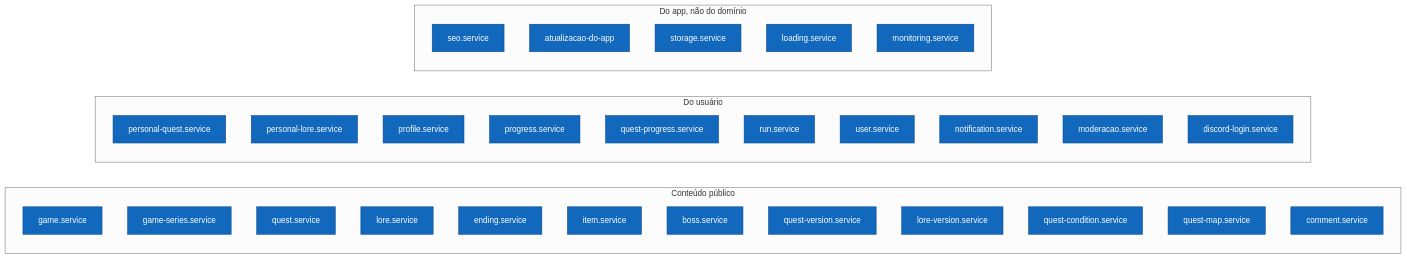
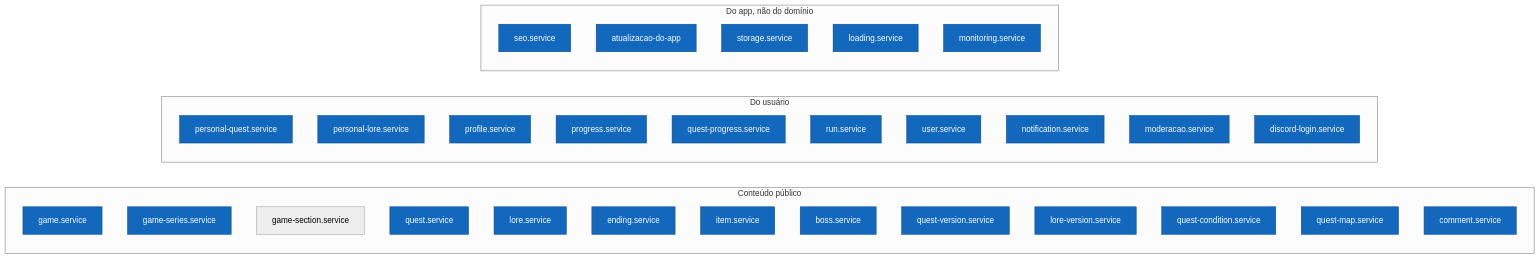
One commit to xcorpiiion/souls-guide-front changed the second of 3 diagrams in docs/arquitetura/c4-3-componentes-front.md. Above: the diagram before and after it, drawn with Mermaid (neutral theme). The commit also changed 9 other files, not shown here.

````diff
--- a/docs/arquitetura/c4-3-componentes-front.md
+++ b/docs/arquitetura/c4-3-componentes-front.md
@@ -68,41 +68,42 @@
 ```mermaid
 flowchart LR
     subgraph conteudo ["Conteúdo público"]
         game["game.service"]
         gameSeries["game-series.service"]
+        gameSection["game-section.service"]
         quest["quest.service"]
         lore["lore.service"]
         ending["ending.service"]
         item["item.service"]
         boss["boss.service"]
         questVersion["quest-version.service"]
         loreVersion["lore-version.service"]
         questCondition["quest-condition.service"]
         questMap["quest-map.service"]
         comment["comment.service"]
     end
 
     subgraph pessoal ["Do usuário"]
         personalQuest["personal-quest.service"]
         personalLore["personal-lore.service"]
         profile["profile.service"]
         progress["progress.service"]
         questProgress["quest-progress.service"]
         run["run.service"]
         user["user.service"]
         notification["notification.service"]
         moderacao["moderacao.service"]
         discordLogin["discord-login.service"]
     end
 
     subgraph infra ["Do app, não do domínio"]
         seo["seo.service"]
         atualizacao["atualizacao-do-app"]
         storage["storage.service"]
         loading["loading.service"]
         monitoring["monitoring.service"]
     end
 
     classDef s fill:#1168bd,stroke:#0b4884,color:#fff
     class game,gameSeries,quest,lore,ending,item,boss,questVersion,loreVersion,questCondition,questMap,comment,personalQuest,personalLore,profile,progress,questProgress,run,user,notification,moderacao,discordLogin,seo,atualizacao,storage,loading,monitoring s
 ```
````
